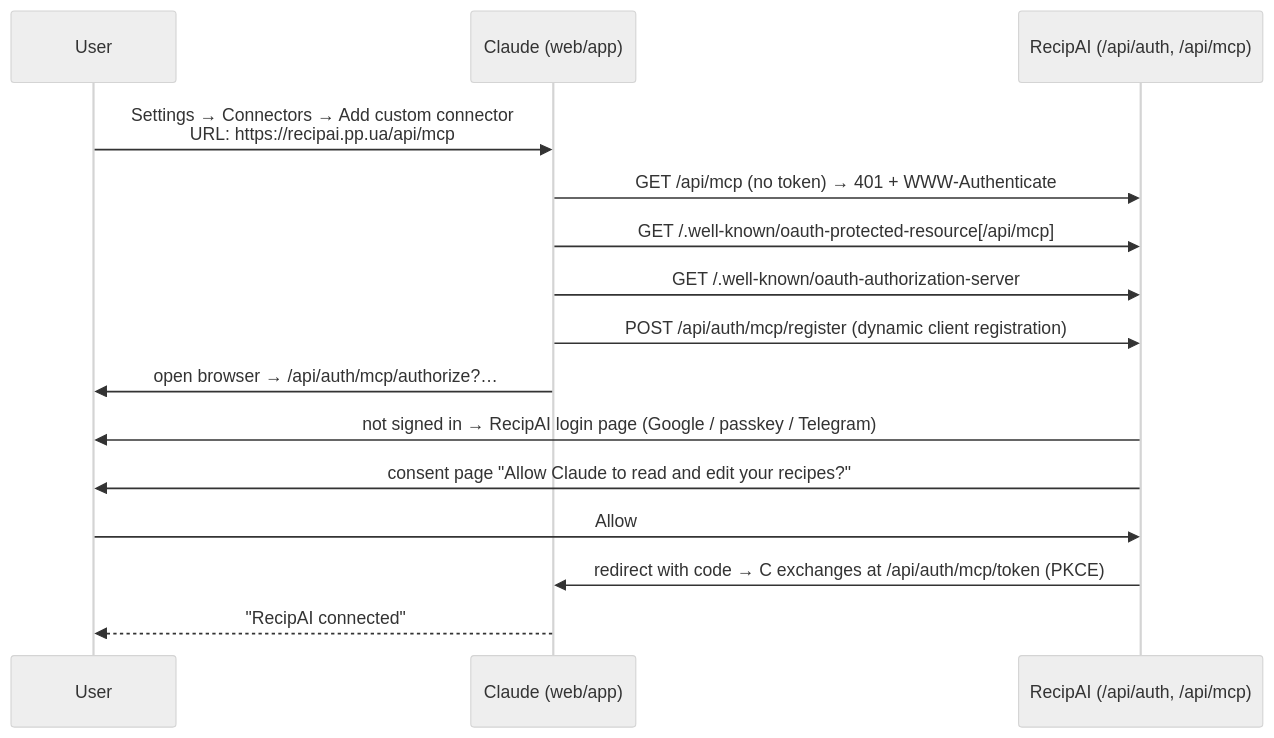
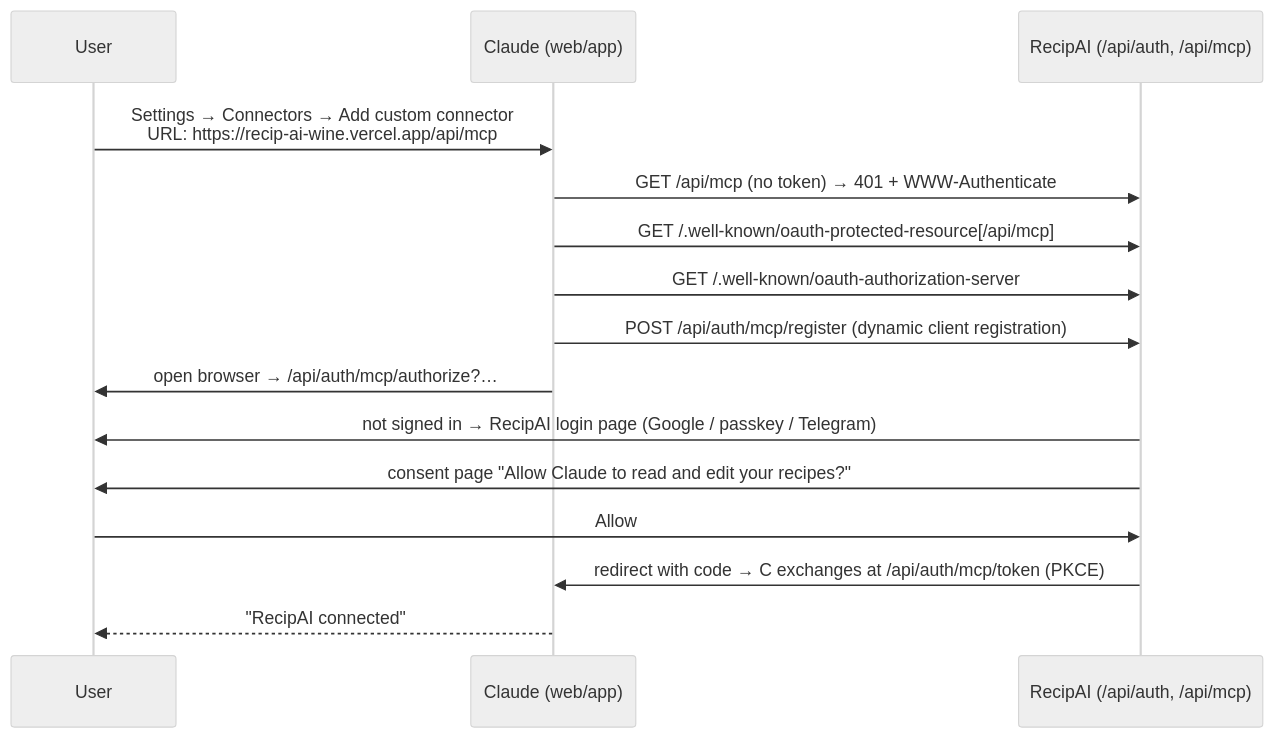
The diagram in docs/specs/ai-connector.md (Sailarn/RecipAI), drawn with Mermaid (neutral theme) before and after one commit. The commit also changed other lines of this file and 6 other files, not shown here.

````diff
--- a/docs/specs/ai-connector.md
+++ b/docs/specs/ai-connector.md
@@ -47,17 +47,17 @@
 ```mermaid
 sequenceDiagram
     participant U as User
     participant C as Claude (web/app)
     participant R as RecipAI (/api/auth, /api/mcp)
-    U->>C: Settings → Connectors → Add custom connector<br/>URL: https://recipai.pp.ua/api/mcp
+    U->>C: Settings → Connectors → Add custom connector<br/>URL: https://recip-ai-wine.vercel.app/api/mcp
     C->>R: GET /api/mcp (no token) → 401 + WWW-Authenticate
     C->>R: GET /.well-known/oauth-protected-resource[/api/mcp]
     C->>R: GET /.well-known/oauth-authorization-server
     C->>R: POST /api/auth/mcp/register (dynamic client registration)
     C->>U: open browser → /api/auth/mcp/authorize?…
     R->>U: not signed in → RecipAI login page (Google / passkey / Telegram)
     R->>U: consent page "Allow Claude to read and edit your recipes?"
     U->>R: Allow
     R->>C: redirect with code → C exchanges at /api/auth/mcp/token (PKCE)
     C-->>U: "RecipAI connected"
 ```
````
